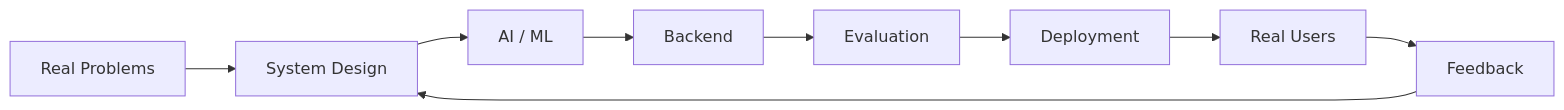
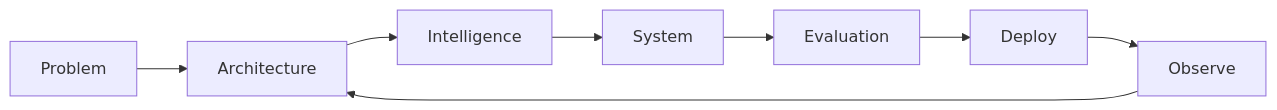
One commit to Hitesh564/Hitesh564 changed the diagram in README.md. Above: the diagram before and after it, drawn with Mermaid. The commit also changed other lines of this file, not shown here.

````diff
--- a/README.md
+++ b/README.md
@@ -134,12 +238,10 @@
 ```mermaid
 flowchart LR
-    A["Real Problems"] --> B["System Design"]
-    B --> C["AI / ML"]
-    C --> D["Backend"]
-    D --> E["Evaluation"]
-    E --> F["Deployment"]
-    F --> G["Real Users"]
-
-    G --> H["Feedback"]
-    H --> B
+    P["Problem"] --> A["Architecture"]
+    A --> I["Intelligence"]
+    I --> S["System"]
+    S --> E["Evaluation"]
+    E --> D["Deploy"]
+    D --> O["Observe"]
+    O --> A
 ```
````
